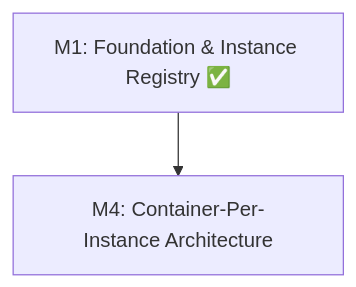
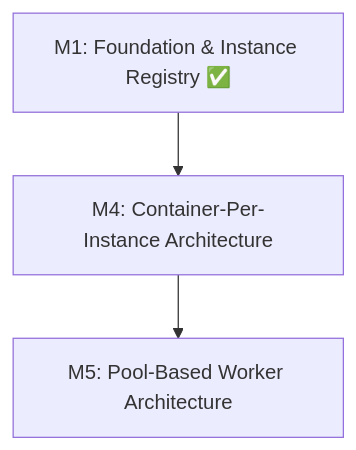
One commit to pedropaulovc/claude-agent-sdk-aas changed the diagram in spec/plan/README.md. Above: the diagram before and after it, drawn with Mermaid. The commit also changed other lines of this file and 8 other files, not shown here.

First line of the commit message:
M5: Pool-based worker architecture spec

````diff
--- a/spec/plan/README.md
+++ b/spec/plan/README.md
@@ -20,4 +21,5 @@
 ```mermaid
 graph TD
     M1[M1: Foundation & Instance Registry ✅] --> M4[M4: Container-Per-Instance Architecture]
+    M4 --> M5[M5: Pool-Based Worker Architecture]
 ```
````
